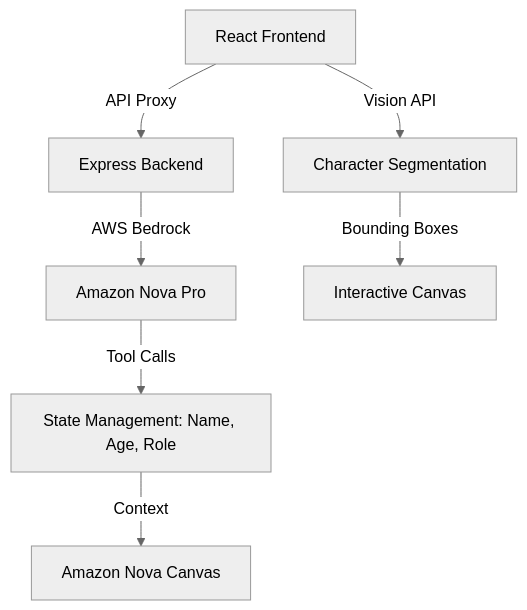
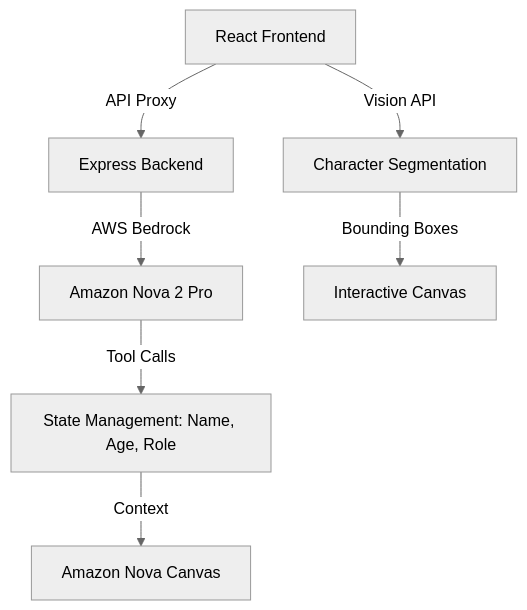
The diagram in ARCHITECTURE.md (StnkRB/Nova-DoodleTales), drawn with Mermaid (neutral theme) before and after one commit. The commit also changed other lines of this file and 2 other files, not shown here.

Commit message:
nova modifications

````diff
--- a/ARCHITECTURE.md
+++ b/ARCHITECTURE.md
@@ -9,9 +9,9 @@
 ```mermaid
 graph TD
     A[React Frontend] -->|API Proxy| B[Express Backend]
-    B -->|AWS Bedrock| C[Amazon Nova Pro]
+    B -->|AWS Bedrock| C[Amazon Nova 2 Pro]
     A -->|Vision API| E[Character Segmentation]
     E -->|Bounding Boxes| F[Interactive Canvas]
     C -->|Tool Calls| G[State Management: Name, Age, Role]
     G -->|Context| H[Amazon Nova Canvas]
 ```
````
